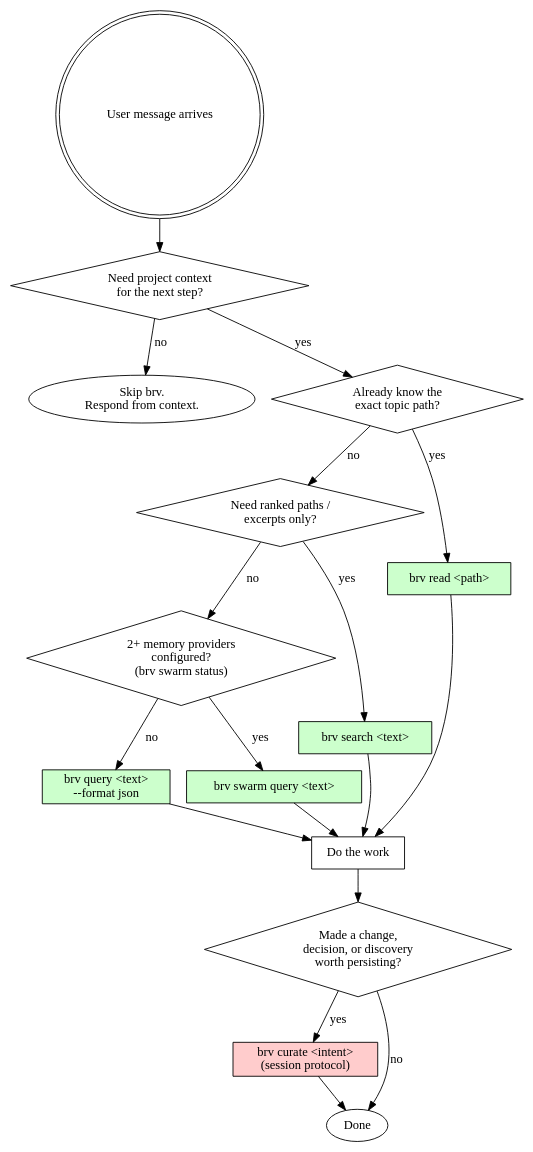
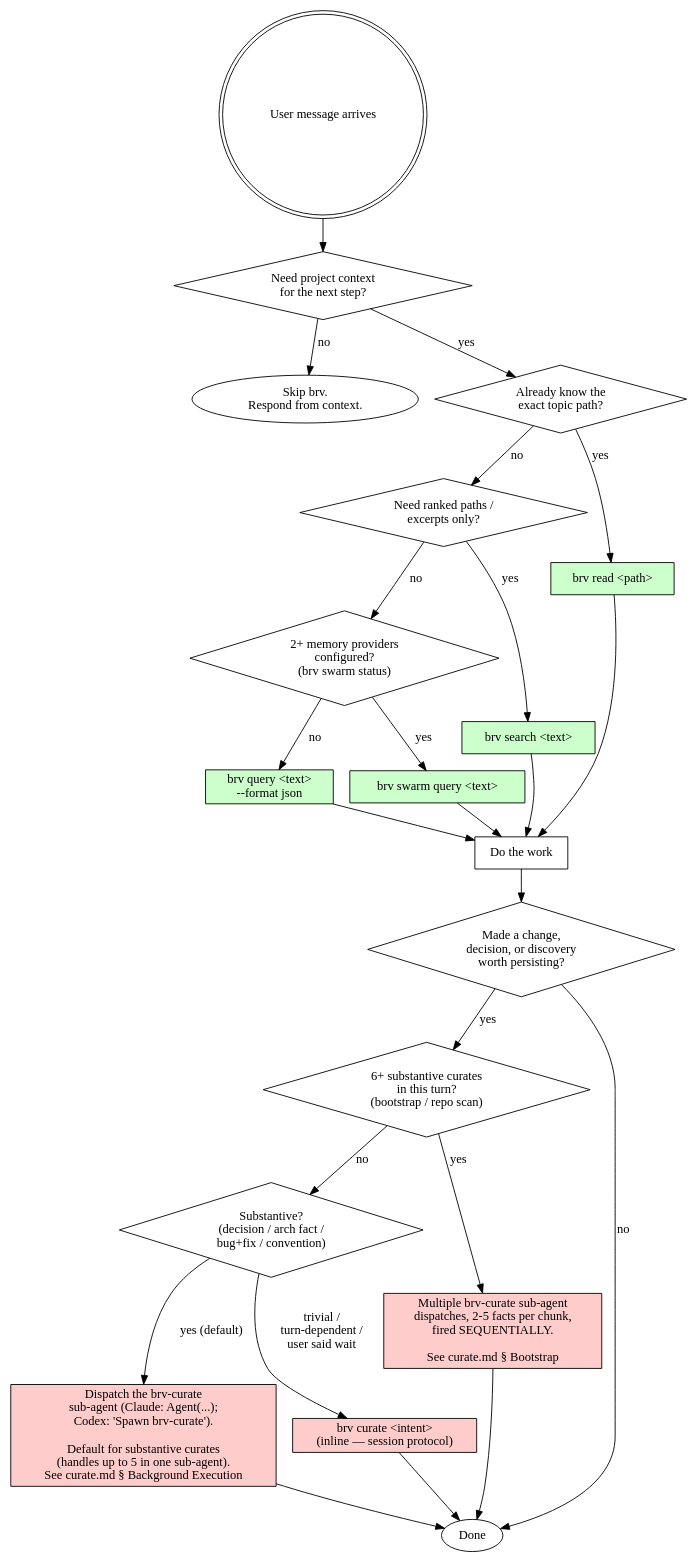
The diagram in src/server/templates/skill/SKILL.md (campfirein/byterover-cli), drawn with Graphviz before and after one commit. The commit also changed other lines of this file and 7 other files, not shown here.

````diff
--- a/src/server/templates/skill/SKILL.md
+++ b/src/server/templates/skill/SKILL.md
@@ -60,36 +102,46 @@
 ```dot
 digraph brv_flow {
     start [label="User message arrives", shape=doublecircle];
     need_context [label="Need project context\nfor the next step?", shape=diamond];
     skip [label="Skip brv.\nRespond from context.", shape=ellipse];
     know_path [label="Already know the\nexact topic path?", shape=diamond];
     paths_only [label="Need ranked paths /\nexcerpts only?", shape=diamond];
     swarm_cfg [label="2+ memory providers\nconfigured?\n(brv swarm status)", shape=diamond];
     query [label="brv query <text>\n--format json", shape=box, style=filled, fillcolor="#ccffcc"];
     search [label="brv search <text>", shape=box, style=filled, fillcolor="#ccffcc"];
     read [label="brv read <path>", shape=box, style=filled, fillcolor="#ccffcc"];
     swarm_q [label="brv swarm query <text>", shape=box, style=filled, fillcolor="#ccffcc"];
     work [label="Do the work", shape=box];
     learned [label="Made a change,\ndecision, or discovery\nworth persisting?", shape=diamond];
-    curate [label="brv curate <intent>\n(session protocol)", shape=box, style=filled, fillcolor="#ffcccc"];
+    bootstrap [label="6+ substantive curates\nin this turn?\n(bootstrap / repo scan)", shape=diamond];
+    substantive [label="Substantive?\n(decision / arch fact /\nbug+fix / convention)", shape=diamond];
+    bg_batch [label="Multiple brv-curate sub-agent\ndispatches, 2-5 facts per chunk,\nfired SEQUENTIALLY.\n\nSee curate.md § Bootstrap", shape=box, style=filled, fillcolor="#ffcccc"];
+    bg_curate [label="Dispatch the brv-curate\nsub-agent (Claude: Agent(...);\nCodex: 'Spawn brv-curate').\n\nDefault for substantive curates\n(handles up to 5 in one sub-agent).\nSee curate.md § Background Execution", shape=box, style=filled, fillcolor="#ffcccc"];
+    curate [label="brv curate <intent>\n(inline — session protocol)", shape=box, style=filled, fillcolor="#ffcccc"];
     done [label="Done", shape=ellipse];
 
     start -> need_context;
     need_context -> skip [label="no"];
     need_context -> know_path [label="yes"];
     know_path -> read [label="yes"];
     know_path -> paths_only [label="no"];
     paths_only -> search [label="yes"];
     paths_only -> swarm_cfg [label="no"];
     swarm_cfg -> swarm_q [label="yes"];
     swarm_cfg -> query [label="no"];
     query -> work;
     search -> work;
     read -> work;
     swarm_q -> work;
     work -> learned;
     learned -> done [label="no"];
-    learned -> curate [label="yes"];
+    learned -> bootstrap [label="yes"];
+    bootstrap -> bg_batch [label="yes"];
+    bootstrap -> substantive [label="no"];
+    substantive -> bg_curate [label="yes (default)"];
+    substantive -> curate [label="trivial /\nturn-dependent /\nuser said wait"];
+    bg_batch -> done;
+    bg_curate -> done;
     curate -> done;
 }
 ```
````
